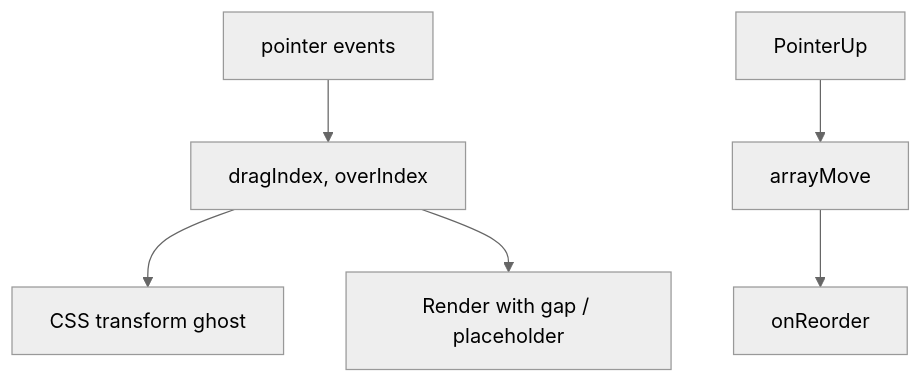
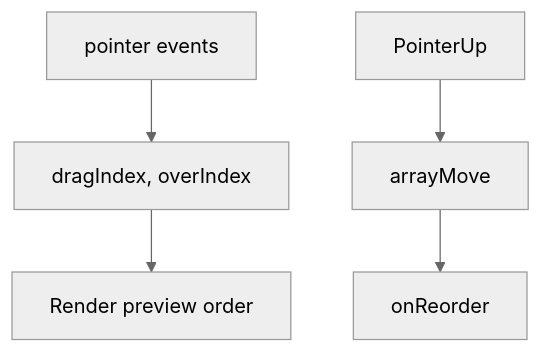
One commit to prajjwaljogdand/FullstackPreparation changed the second of 2 diagrams in docs/machine-coding/05-drag-drop.md. Above: the diagram before and after it, drawn with Mermaid (neutral theme). The commit also changed other lines of this file and 91 other files, not shown here.

````diff
--- a/docs/machine-coding/05-drag-drop.md
+++ b/docs/machine-coding/05-drag-drop.md
@@ -37,8 +37,7 @@
 ```mermaid
 flowchart TB
   Pointer[pointer events] --> State[dragIndex, overIndex]
-  State --> Preview[CSS transform ghost]
-  State --> List[Render with gap / placeholder]
+  State --> List[Render preview order]
   PointerUp --> Commit[arrayMove]
   Commit --> onReorder
 ```
````
